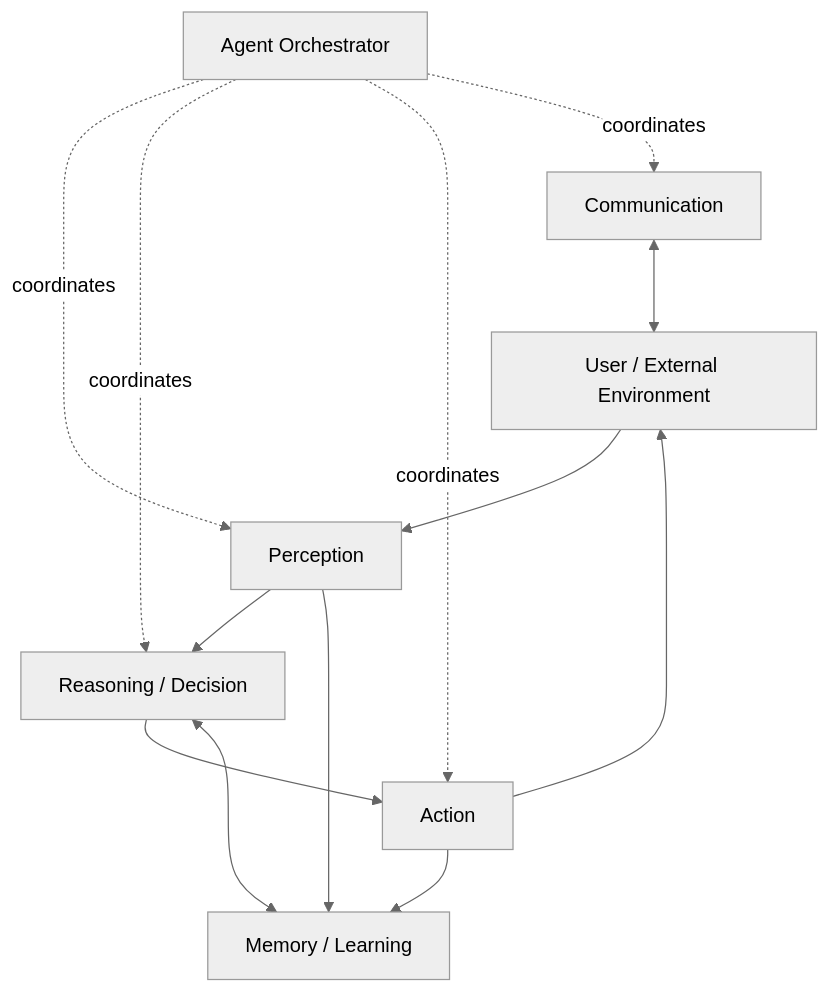
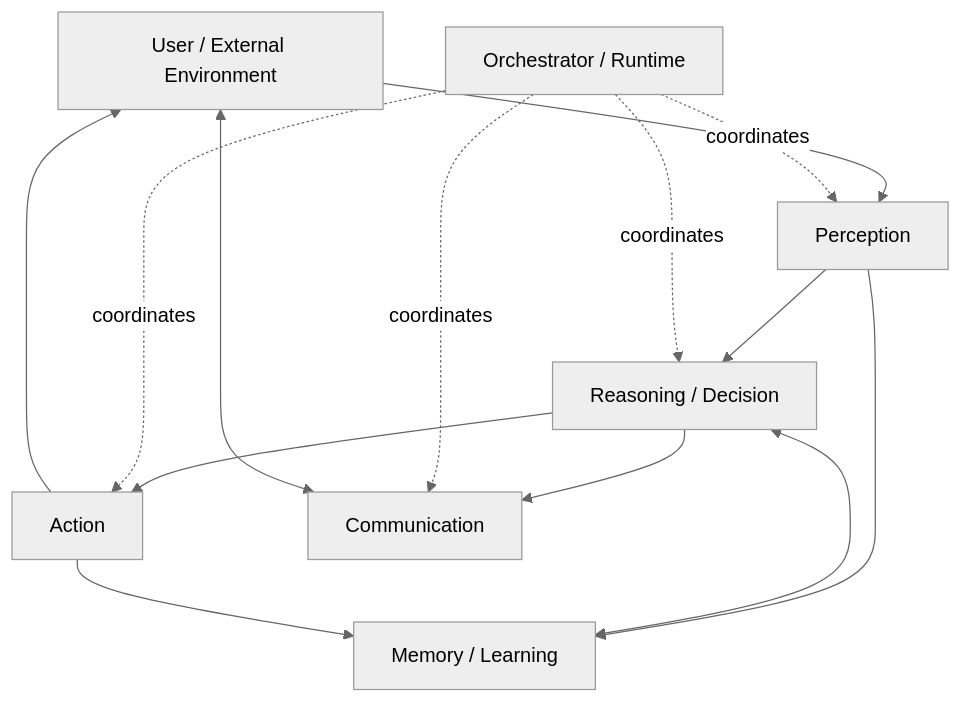
The first of 3 diagrams in notes/module-01-from-answering-to-doing/02-agent-core-subsystems.md (shomi-khan/preparation), drawn with Mermaid (neutral theme) before and after one commit. The commit also changed other lines of this file, not shown here.

````diff
--- a/notes/module-01-from-answering-to-doing/02-agent-core-subsystems.md
+++ b/notes/module-01-from-answering-to-doing/02-agent-core-subsystems.md
@@ -9,15 +21,16 @@
 ```mermaid
 flowchart TD
-    Env[User / External Environment] --> P[Perception]
+    ENV[User / External Environment] --> P[Perception]
     P --> R[Reasoning / Decision]
     R --> A[Action]
-    A --> Env
-    R <--> M[Memory / Learning]
-    P --> M
+    A --> ENV
+    P --> M[Memory / Learning]
+    R <--> M
     A --> M
-    Agent[Agent Orchestrator] -. coordinates .-> P
-    Agent -. coordinates .-> R
-    Agent -. coordinates .-> A
-    Agent -. coordinates .-> C[Communication]
-    C <--> Env
+    R --> C[Communication]
+    C <--> ENV
+    O[Orchestrator / Runtime] -. coordinates .-> P
+    O -. coordinates .-> R
+    O -. coordinates .-> A
+    O -. coordinates .-> C
 ```
````
